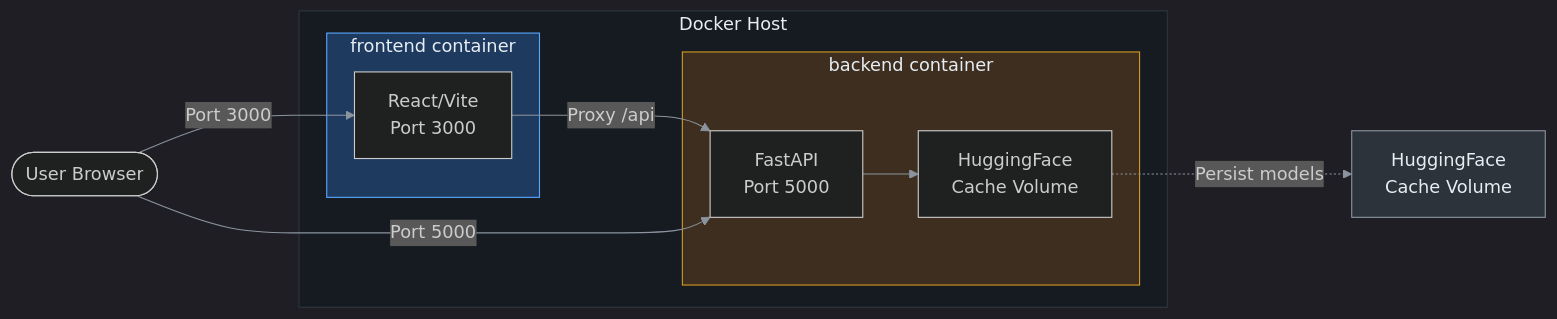
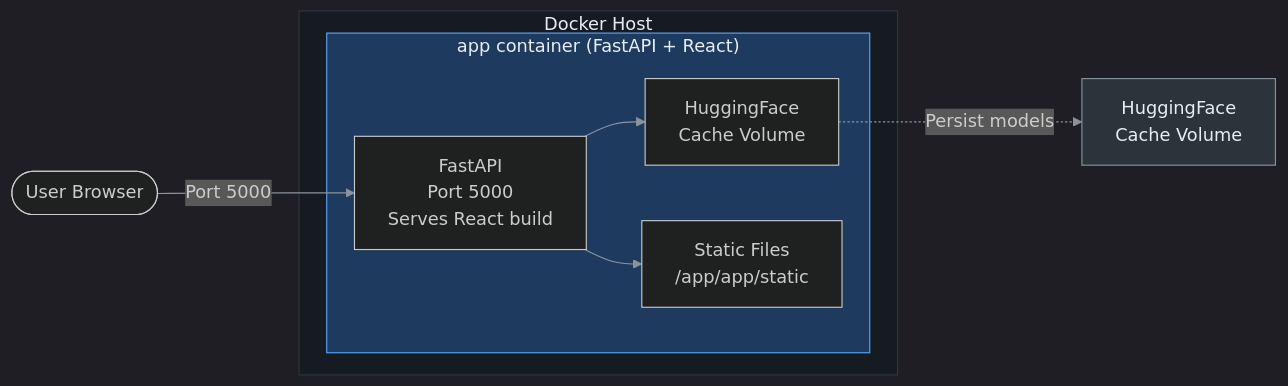
Before and after one commit to Nicky9319/natural_language_clustering: the eighth of 8 diagrams in README.md, drawn with Mermaid. The commit also changed other lines of this file and 12 other files, not shown here.

````diff
--- a/README.md
+++ b/README.md
@@ -327,23 +321,18 @@
 ```mermaid
 %%{init: {'theme': 'dark', 'themeVariables': { 'primaryColor': '#58a6ff', 'lineColor': '#8b949e', 'tertiaryColor': '#d29922' }} }%%
 flowchart LR
     subgraph DockerHost["Docker Host"]
-        subgraph BackendContainer["backend container"]
-            B[FastAPI<br/>Port 5000] --> C[HuggingFace<br/>Cache Volume]
-        end
-
-        subgraph FrontendContainer["frontend container"]
-            F[React/Vite<br/>Port 3000] -->|Proxy /api| B
+        subgraph AppContainer["app container (FastAPI + React)"]
+            B[FastAPI<br/>Port 5000<br/>Serves React build] --> C[HuggingFace<br/>Cache Volume]
+            B --> D[Static Files<br/>/app/app/static]
         end
     end
 
-    User([User Browser]) -->|Port 3000| F
-    User -->|Port 5000| B
+    User([User Browser]) -->|Port 5000| B
 
     C -.->|Persist models| HV[HuggingFace<br/>Cache Volume]
 
     style DockerHost fill:#161b22,stroke:#30363d,color:#e6edf3
-    style BackendContainer fill:#3d2e1f,stroke:#d29922,color:#e6edf3
-    style FrontendContainer fill:#1f3a5f,stroke:#58a6ff,color:#e6edf3
+    style AppContainer fill:#1f3a5f,stroke:#58a6ff,color:#e6edf3
     style HV fill:#2d333b,stroke:#8b949e,color:#e6edf3
 ```
````
